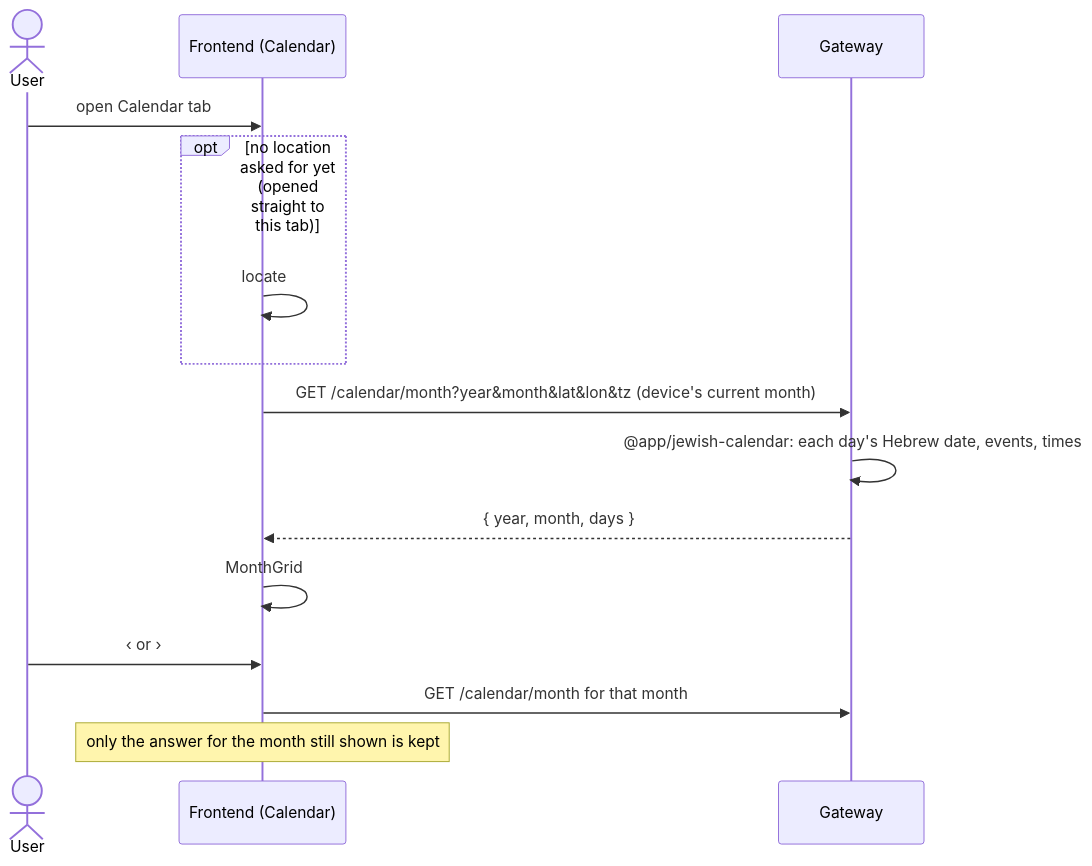
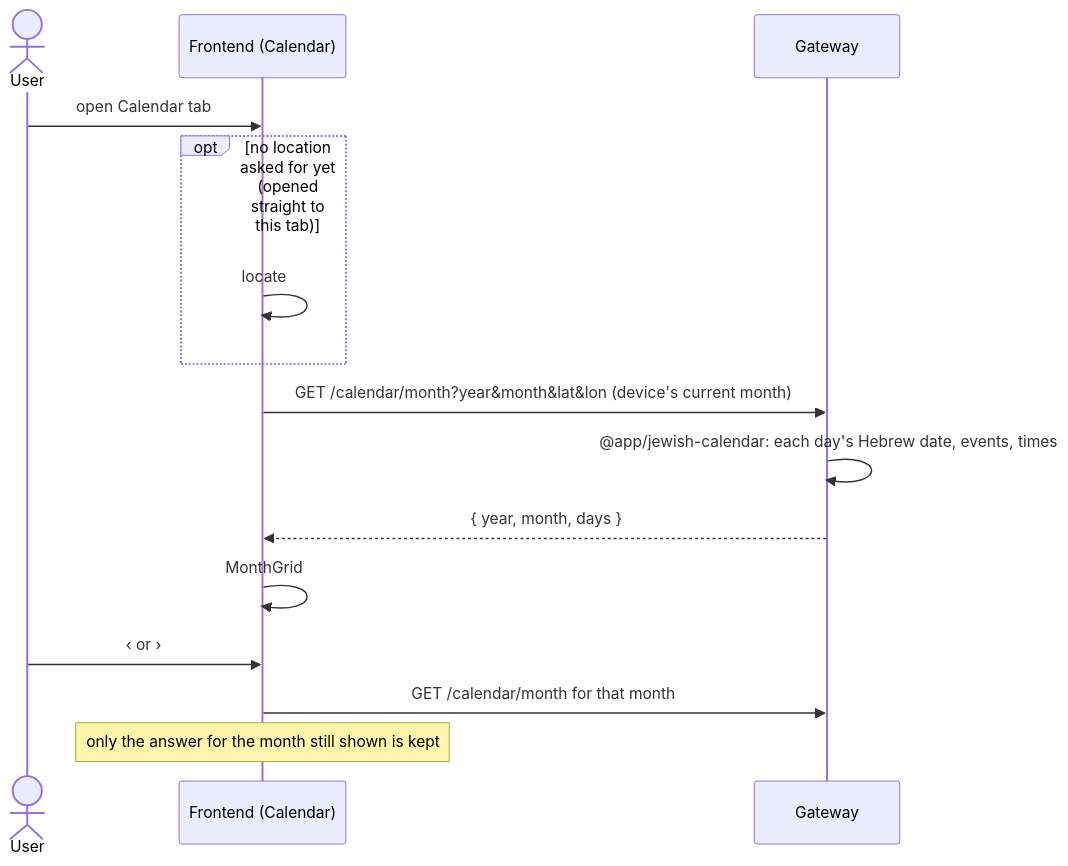
The fifth of 8 diagrams in docs/specs/architecture.md (LidorElmakaies/personal-copilot), drawn with Mermaid before and after one commit. The commit also changed other lines of this file and 76 other files, not shown here.

````diff
--- a/docs/specs/architecture.md
+++ b/docs/specs/architecture.md
@@ -199,18 +199,18 @@
 ```mermaid
 sequenceDiagram
     actor User
     participant App as Frontend (Calendar)
     participant Gateway
 
     User->>App: open Calendar tab
     opt no location asked for yet (opened straight to this tab)
         App->>App: locate
     end
-    App->>Gateway: GET /calendar/month?year&month&lat&lon&tz (device's current month)
+    App->>Gateway: GET /calendar/month?year&month&lat&lon (device's current month)
     Gateway->>Gateway: @app/jewish-calendar: each day's Hebrew date, events, times
     Gateway-->>App: { year, month, days }
     App->>App: MonthGrid
     User->>App: ‹ or ›
     App->>Gateway: GET /calendar/month for that month
     Note over App: only the answer for the month still shown is kept
 ```
````
